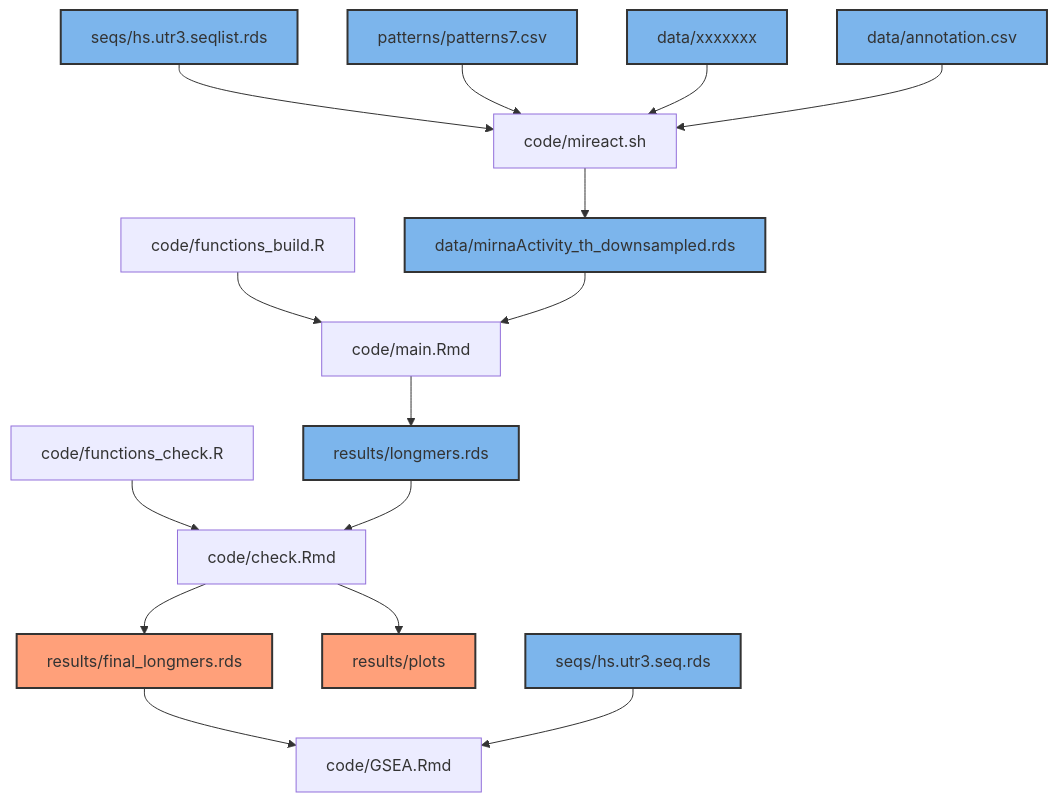
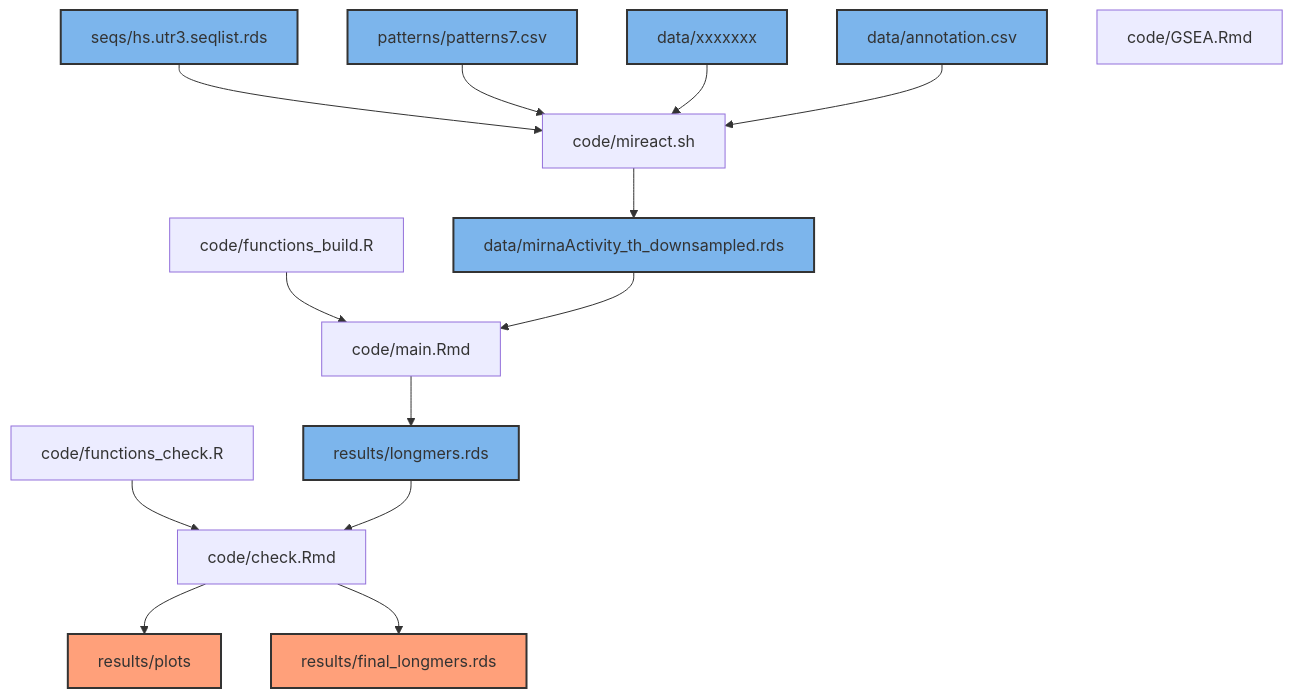
One commit to PaulaRodrigoMartin/SMLB changed the diagram in README.md. Above: the diagram before and after it, drawn with Mermaid.

````diff
--- a/README.md
+++ b/README.md
@@ -1,46 +1,46 @@
 ```mermaid
 graph TD;
     seqlist[seqs/hs.utr3.seqlist.rds]
-    seqs[seqs/hs.utr3.seq.rds]
+    %%seqs[seqs/hs.utr3.seq.rds]
     mireact_input[data/xxxxxxx]
     miReact_output[data/mirnaActivity_th_downsampled.rds]
     7mers[patterns/patterns7.csv]
     annotation[data/annotation.csv]
     miReact[code/mireact.sh]
     functions[code/functions_build.R]
     functionsc[code/functions_check.R]
     main_notebook[code/main.Rmd]
     check_notebook[code/check.Rmd]
     GSEA[code/GSEA.Rmd]
     plots[results/plots]
     longmers[results/longmers.rds]
     finallongmers[results/final_longmers.rds]
     
 
     style seqlist fill:#7cb5ec,stroke:#333,stroke-width:2px;
     style miReact_output fill:#7cb5ec,stroke:#333,stroke-width:2px;
     style 7mers fill:#7cb5ec,stroke:#333,stroke-width:2px;
     style mireact_input fill:#7cb5ec,stroke:#333,stroke-width:2px;
-    style seqs fill:#7cb5ec,stroke:#333,stroke-width:2px;
+    %%style seqs fill:#7cb5ec,stroke:#333,stroke-width:2px;
     style annotation fill:#7cb5ec,stroke:#333,stroke-width:2px;
     style longmers fill:#7cb5ec,stroke:#333,stroke-width:2px;
     style finallongmers fill:#FFA07A,stroke:#333,stroke-width:2px;
     style plots fill:#FFA07A,stroke:#333,stroke-width:2px;
 
 
     seqlist-->miReact
     7mers-->miReact
     mireact_input-->miReact
     annotation-->miReact
     miReact-->miReact_output
     functions-->main_notebook
     functionsc-->check_notebook
     main_notebook-->longmers
     longmers-->check_notebook
     check_notebook-->plots
     check_notebook-->finallongmers
-    finallongmers-->GSEA
-    seqs-->GSEA
+    %%finallongmers-->GSEA
+    %%seqs-->GSEA
     miReact_output-->main_notebook
 
 ```
````
